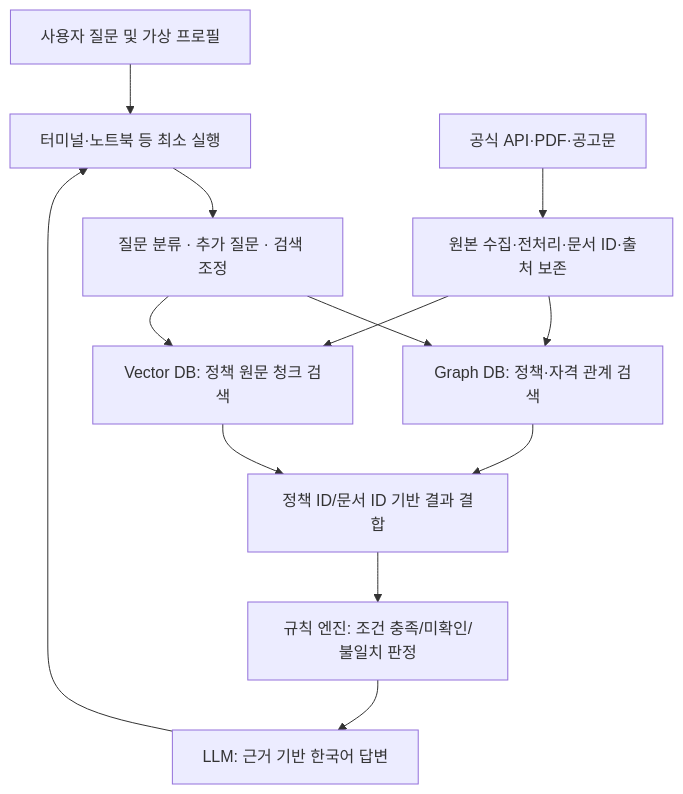
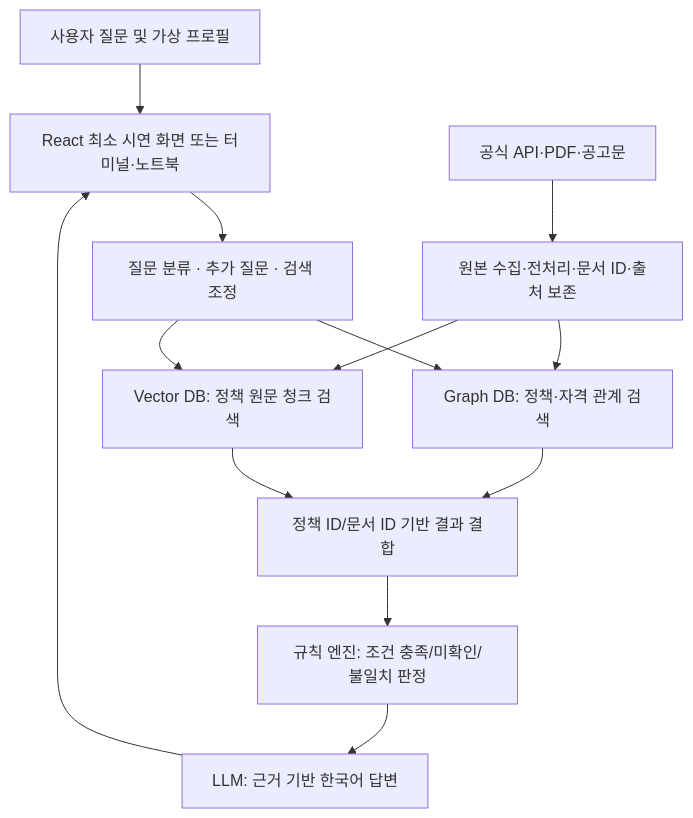
One commit to SKNETWORKS-FAMILY-AICAMP/SKN36-3rd-1Team changed the diagram in docs/product/PRD.md. Above: the diagram before and after it, drawn with Mermaid. The commit also changed other lines of this file and 5 other files, not shown here.

````diff
--- a/docs/product/PRD.md
+++ b/docs/product/PRD.md
@@ -139,15 +139,15 @@
 ```mermaid
 flowchart TD
-    U[사용자 질문 및 가상 프로필] --> API[터미널·노트북 등 최소 실행]
+    U[사용자 질문 및 가상 프로필] --> API[React 최소 시연 화면 또는 터미널·노트북]
     API --> FLOW[질문 분류 · 추가 질문 · 검색 조정]
     FLOW --> G[Graph DB: 정책·자격 관계 검색]
     FLOW --> V[Vector DB: 정책 원문 청크 검색]
     G --> M[정책 ID/문서 ID 기반 결과 결합]
     V --> M
     M --> E[규칙 엔진: 조건 충족/미확인/불일치 판정]
     E --> L[LLM: 근거 기반 한국어 답변]
     L --> API
     S[공식 API·PDF·공고문] --> P[원본 수집·전처리·문서 ID·출처 보존]
     P --> G
     P --> V
 ```
````
